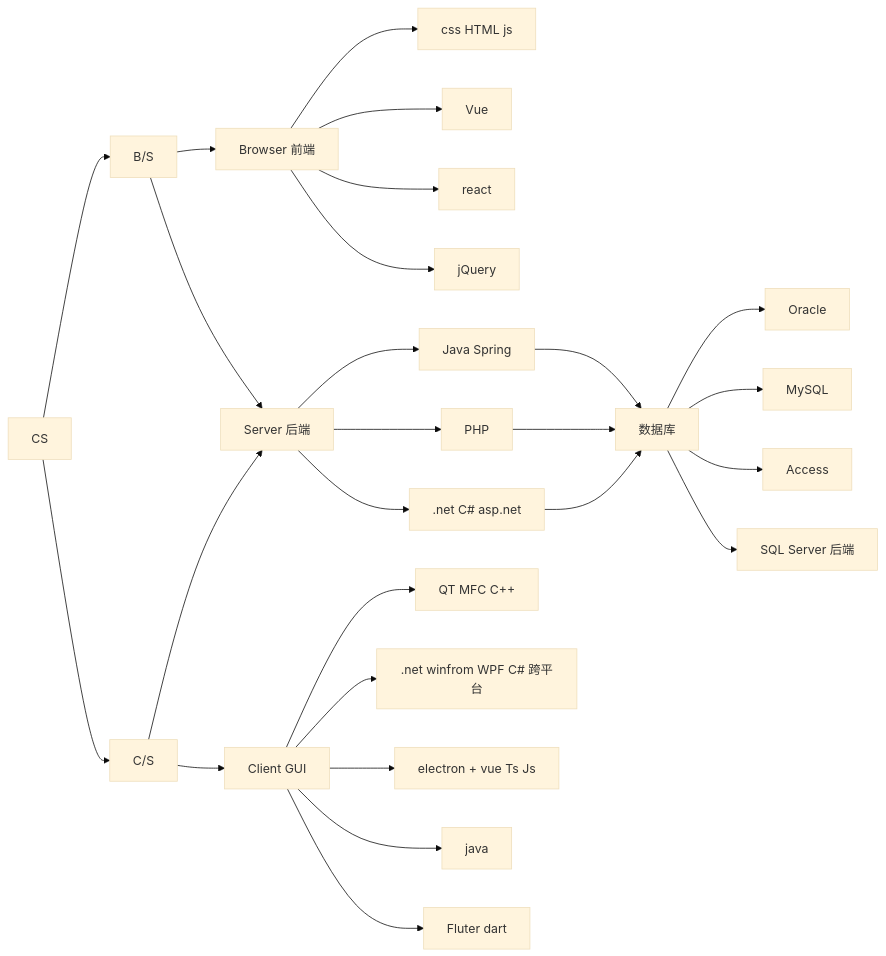
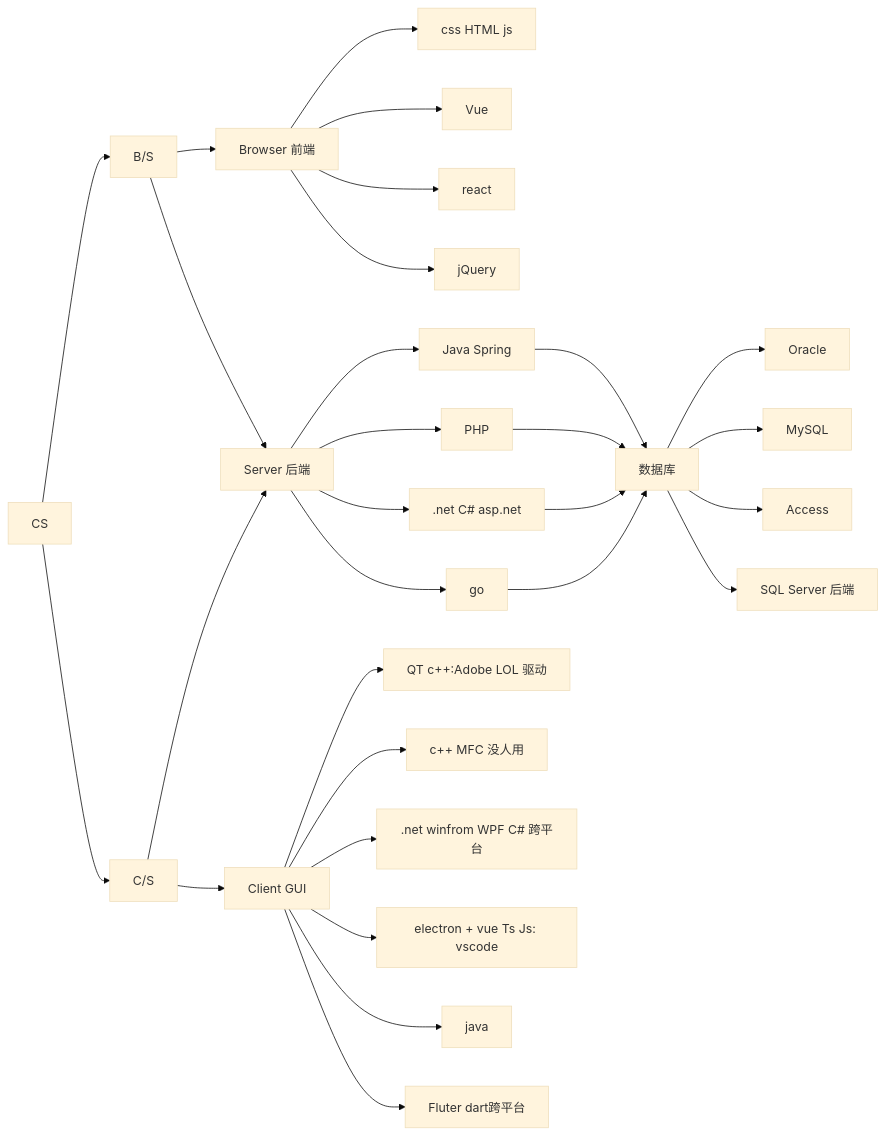
One commit to Sorceresssis/Note changed the first of 2 diagrams in CS/计算机整体框架.md. Above: the diagram before and after it, drawn with Mermaid (base theme). The commit also changed other lines of this file and 2 other files, not shown here.

Commit message:
多态

````diff
--- a/CS/计算机整体框架.md
+++ b/CS/计算机整体框架.md
@@ -1,33 +1,36 @@
 ```mermaid
 graph LR;
     a0[CS] --> a0-b0[B/S]
     a0[CS] --> a0-b1[C/S]
 
 
     a0-b0[B/S] --> a0-b0-c0[Browser 前端]
     a0-b0[B/S] --> a0-b-c0[Server 后端]
     a0-b1[C/S] --> a0-b1-c0[Client GUI]
     a0-b1[C/S] --> a0-b-c0[Server 后端]
 
     a0-b0-c0[Browser 前端] --> a0-b0-c0-d0[css HTML js]
     a0-b0-c0[Browser 前端] --> a0-b0-c0-d1[Vue]
     a0-b0-c0[Browser 前端] --> a0-b0-c0-d2[react]
     a0-b0-c0[Browser 前端] --> a0-b0-c0-d3[jQuery]
     a0-b-c0[Server 后端] --> a0-b-c0-d0[Java Springboot cloud]
     a0-b-c0[Server 后端] --> a0-b-c0-d1[PHP Laravel]
     a0-b-c0[Server 后端] --> a0-b-c0-d2[.net C# asp.net]
-    a0-b1-c0[Client GUI] --> a0-b1-c0-d0[QT MFC C++]
-    a0-b1-c0[Client GUI] --> a0-b1-c0-d1[.net winfrom WPF C# 跨平台]
-    a0-b1-c0[Client GUI] --> a0-b1-c0-d2[electron + vue Ts Js]
-    a0-b1-c0[Client GUI] --> a0-b1-c0-d3[java]
-    a0-b1-c0[Client GUI] --> a0-b1-c0-d4[Fluter dart]
+    a0-b-c0[Server 后端] --> a0-b-c0-d3[go]
+    a0-b1-c0[Client GUI] --> a0-b1-c0-d0[QT c++:Adobe LOL 驱动]
+    a0-b1-c0[Client GUI] --> a0-b1-c0-d1[c++ MFC 没人用]
+    a0-b1-c0[Client GUI] --> a0-b1-c0-d2[.net winfrom WPF C# 跨平台]
+    a0-b1-c0[Client GUI] --> a0-b1-c0-d3[electron + vue Ts Js: vscode]
+    a0-b1-c0[Client GUI] --> a0-b1-c0-d4[java]
+    a0-b1-c0[Client GUI] --> a0-b1-c0-d5[Fluter dart跨平台]
 
     a0-b-c0-d0[Java Spring] --> a0-b-c0-d-e0[数据库]
     a0-b-c0-d1[PHP] --> a0-b-c0-d-e0[数据库]
     a0-b-c0-d2[.net C# asp.net] --> a0-b-c0-d-e0[数据库]
+    a0-b-c0-d3[go] --> a0-b-c0-d-e0[数据库]
     a0-b-c0-d-e0[数据库] --> a0-b-c0-d1-e0[Oracle]
     a0-b-c0-d-e0[数据库] --> a0-b-c0-d1-e1[MySQL]
     a0-b-c0-d-e0[数据库] --> a0-b-c0-d1-e2[Access]
     a0-b-c0-d-e0[数据库] --> a0-b-c0-d1-e3[SQL Server 后端]
 
 ```
````
